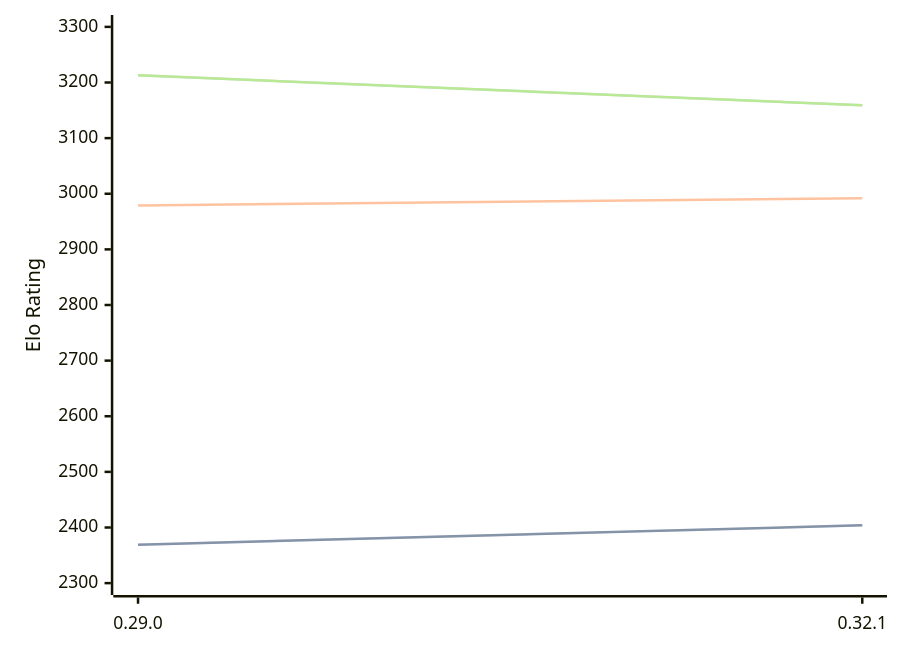
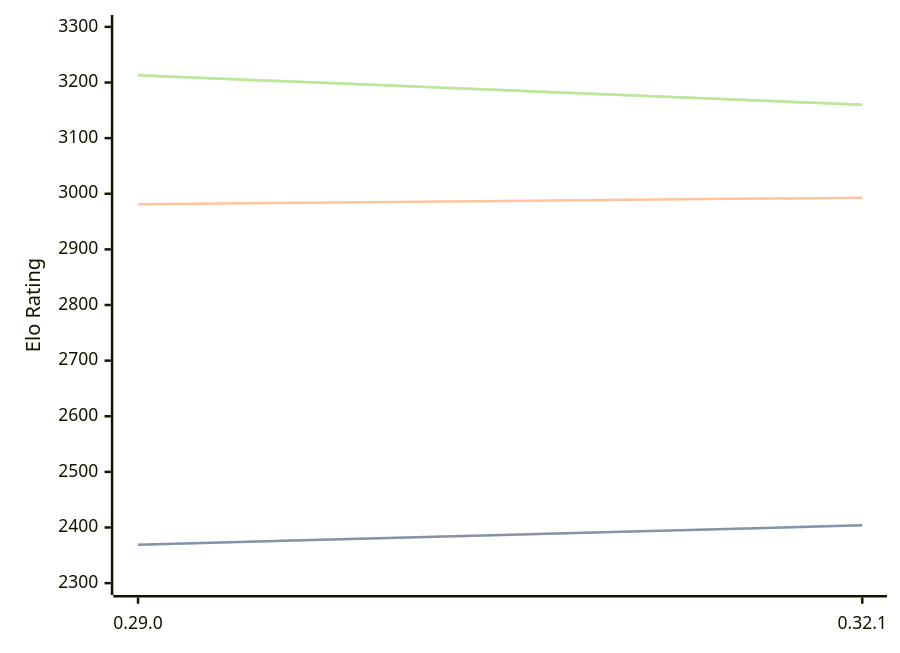
Before and after one commit to computer-chess-index/cci: the first of 3 diagrams in engines/Lc0.md, drawn with Mermaid. The commit also changed other lines of this file, not shown here.

Commit message:
Update CCI Ratings (ELO VLTC) - 2026-06-15

````diff
--- a/engines/Lc0.md
+++ b/engines/Lc0.md
@@ -68,11 +68,11 @@
 ```mermaid
 %%{init: {"theme":"base","themeVariables":{"seriesColors:['#a3a3a3','#222221','#faa371']}}}%%
 xychart-beta
   x-axis ["0.29.0", "0.32.1"]
   y-axis "Elo Rating" 2300 --> 3300
   line "STC (8.0+0.08s)" [2369, 2404]
   line "STC (8.0+0.08s)" [2369, 2404]
-  line "LTC (60.0+0.60s)" [2979, 2992]
-  line "VLTC (2m24s+1.12s)" [3213, 3159]
-  line "VLTC (2m24s+1.12s)" [3213, 3159]
+  line "LTC (60.0+0.60s)" [2981, 2993]
+  line "VLTC (2m24s+1.12s)" [3213, 3160]
+  line "VLTC (2m24s+1.12s)" [3213, 3160]
 ```
````
